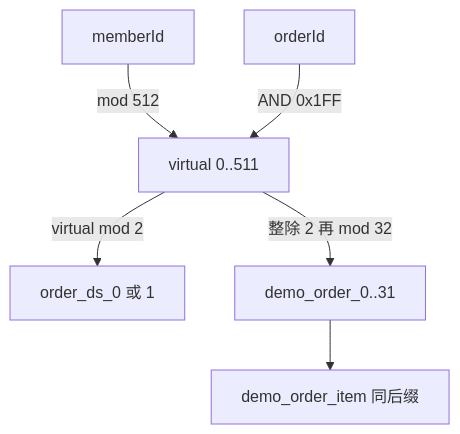
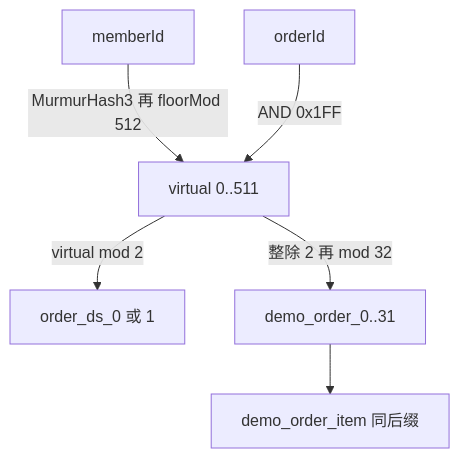
Before and after one commit to jasonsoso/spring-ai-demo: the second of 4 diagrams in demo2/docs/superpowers/archive/2026-08-30-order-sharding-gene.md, drawn with Mermaid. The commit also changed other lines of this file and 19 other files, not shown here.

````diff
--- a/demo2/docs/superpowers/archive/2026-08-30-order-sharding-gene.md
+++ b/demo2/docs/superpowers/archive/2026-08-30-order-sharding-gene.md
@@ -98,8 +104,8 @@
 ```mermaid
 flowchart TD
-  M[memberId] -->|mod 512| V[virtual 0..511]
+  M[memberId] -->|MurmurHash3 再 floorMod 512| V[virtual 0..511]
   O[orderId] -->|AND 0x1FF| V
   V -->|virtual mod 2| DS[order_ds_0 或 1]
   V -->|整除 2 再 mod 32| T[demo_order_0..31]
   T --> I[demo_order_item 同后缀]
 ```
````
